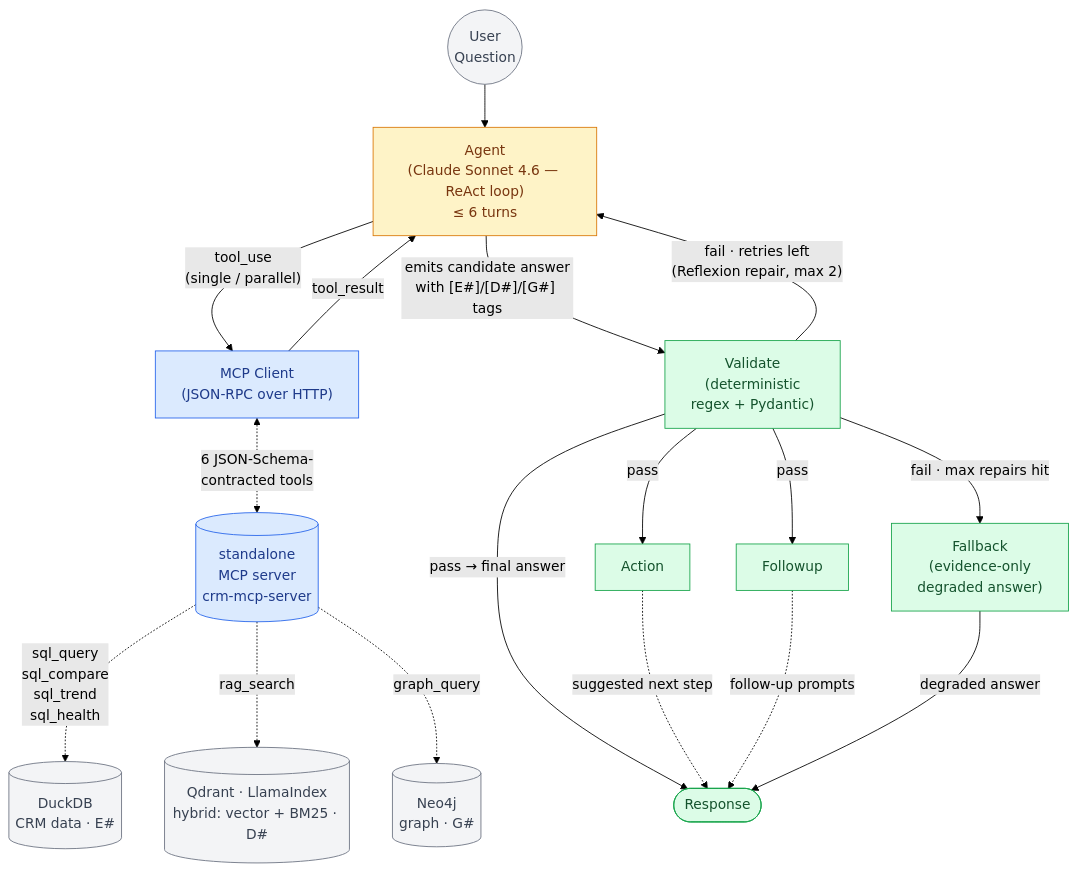
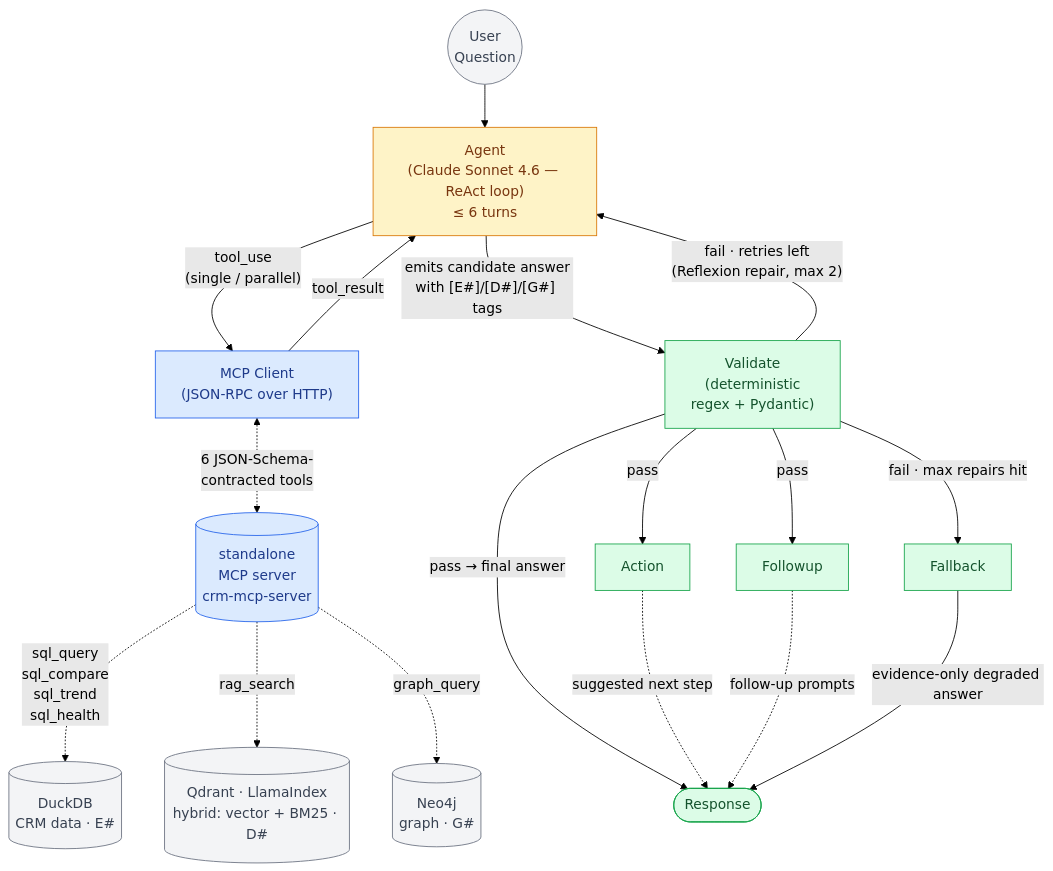
One commit to sazzad-kamal/crm-agentic-mcp-engine changed the first of 6 diagrams in README.md. Above: the diagram before and after it, drawn with Mermaid (forest theme).

Commit message:
D1: move 'evidence-only degraded answer' from Fallback box to its edge

````diff
--- a/README.md
+++ b/README.md
@@ -26,33 +26,33 @@
 ```mermaid
 flowchart TB
     Q(("User<br/>Question")) --> AGENT["Agent<br/>(Claude Sonnet 4.6 — ReAct loop)<br/>≤ 6 turns"]
 
     AGENT -->|"tool_use<br/>(single / parallel)"| MCP_CLIENT["MCP Client<br/>(JSON-RPC over HTTP)"]
     MCP_CLIENT <-.->|"6 JSON-Schema-<br/>contracted tools"| MCPSRV[("standalone<br/>MCP server<br/>crm-mcp-server")]
     MCP_CLIENT -->|tool_result| AGENT
 
     AGENT -->|"emits candidate answer<br/>with [E#]/[D#]/[G#] tags"| VAL["Validate<br/>(deterministic<br/>regex + Pydantic)"]
     VAL -->|"fail · retries left<br/>(Reflexion repair, max 2)"| AGENT
-    VAL -->|"fail · max repairs hit"| FB["Fallback<br/>(evidence-only<br/>degraded answer)"]
+    VAL -->|"fail · max repairs hit"| FB["Fallback"]
     VAL -->|"pass → final answer"| RESP
     VAL -->|pass| ACT["Action"] & FU["Followup"]
     ACT -.->|"suggested next step"| RESP
     FU -.->|"follow-up prompts"| RESP
-    FB -->|degraded answer| RESP
+    FB -->|"evidence-only degraded answer"| RESP
 
     RESP(["Response"])
 
     MCPSRV -.->|sql_query<br/>sql_compare<br/>sql_trend<br/>sql_health| DB[("DuckDB<br/>CRM data · E#")]
     MCPSRV -.->|rag_search| VS[("Qdrant · LlamaIndex<br/>hybrid: vector + BM25 · D#")]
     MCPSRV -.->|graph_query| N4[("Neo4j<br/>graph · G#")]
 
     classDef agent fill:#fef3c7,stroke:#d97706,color:#78350f
     classDef tool fill:#dbeafe,stroke:#2563eb,color:#1e3a8a
     classDef response fill:#dcfce7,stroke:#16a34a,color:#14532d
     classDef boundary fill:#f3f4f6,stroke:#6b7280,color:#374151
 
     class AGENT agent
     class MCP_CLIENT,MCPSRV tool
     class VAL,ACT,FU,FB,RESP response
     class Q,DB,VS,N4 boundary
 ```
````
